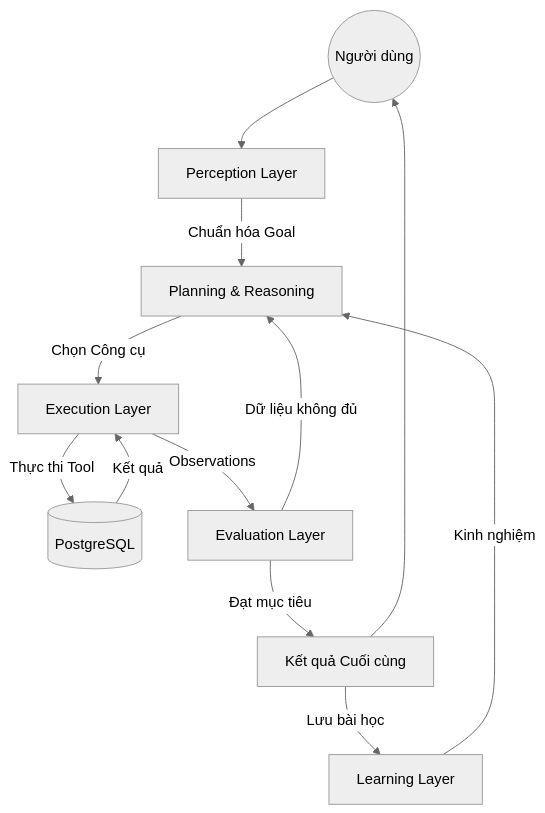
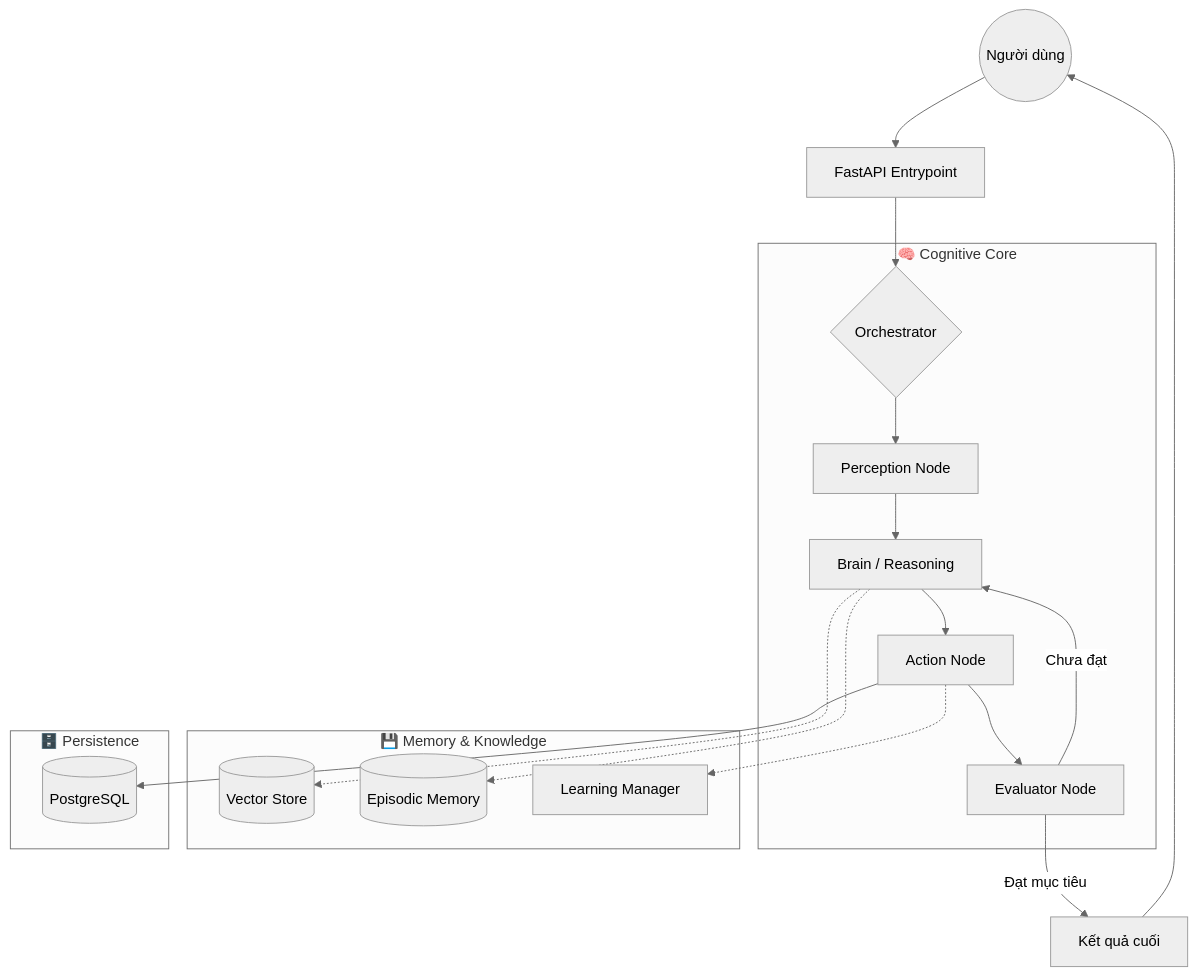
One commit to phunhph/agentic_ai changed the diagram in README.md. Above: the diagram before and after it, drawn with Mermaid (neutral theme). The commit also changed other lines of this file and 65 other files, not shown here.

````diff
--- a/README.md
+++ b/README.md
@@ -15,14 +15,26 @@
 ```mermaid
 graph TD
-    User((Người dùng)) --> Perception[Perception Layer]
-    Perception --> |Chuẩn hóa Goal| Brain[Planning & Reasoning]
-    Brain --> |Chọn Công cụ| Action[Execution Layer]
-    Action --> |Thực thi Tool| DB[(PostgreSQL)]
-    DB --> |Kết quả| Action
-    Action --> |Observations| Evaluator[Evaluation Layer]
-    Evaluator --> |Dữ liệu không đủ| Brain
-    Evaluator --> |Đạt mục tiêu| Final[Kết quả Cuối cùng]
-    Final --> |Lưu bài học| Learning[Learning Layer]
-    Learning --> |Kinh nghiệm| Brain
+    User((Người dùng)) --> API[FastAPI Entrypoint]
+    API --> Orchestrator{Orchestrator}
+    
+    subgraph agent[🧠 Cognitive Core]
+        Orchestrator --> Perception[Perception Node]
+        Perception --> Brain[Brain / Reasoning]
+        Brain --> Action[Action Node]
+        Action --> Evaluator[Evaluator Node]
+        Evaluator -->|Chưa đạt| Brain
+    end
+
+    subgraph memory[💾 Memory & Knowledge]
+        Brain -.-> RAG[(Vector Store)]
+        Brain -.-> History[(Episodic Memory)]
+        Action -.-> Learning[Learning Manager]
+    end
+
+    subgraph storage[🗄️ Persistence]
+        Action --> DB[(PostgreSQL)]
+    end
+
+    Evaluator -->|Đạt mục tiêu| Final[Kết quả cuối]
     Final --> User
 ```
````
